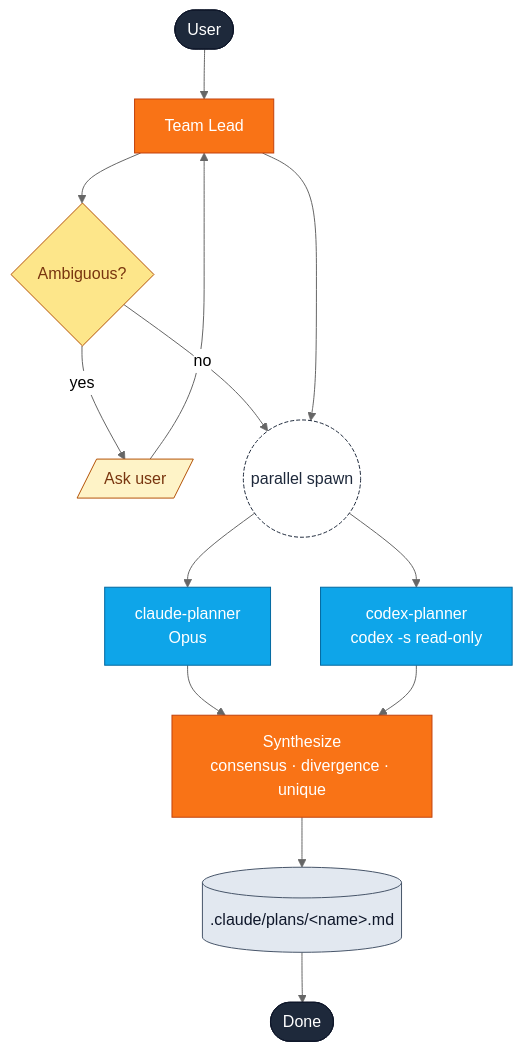
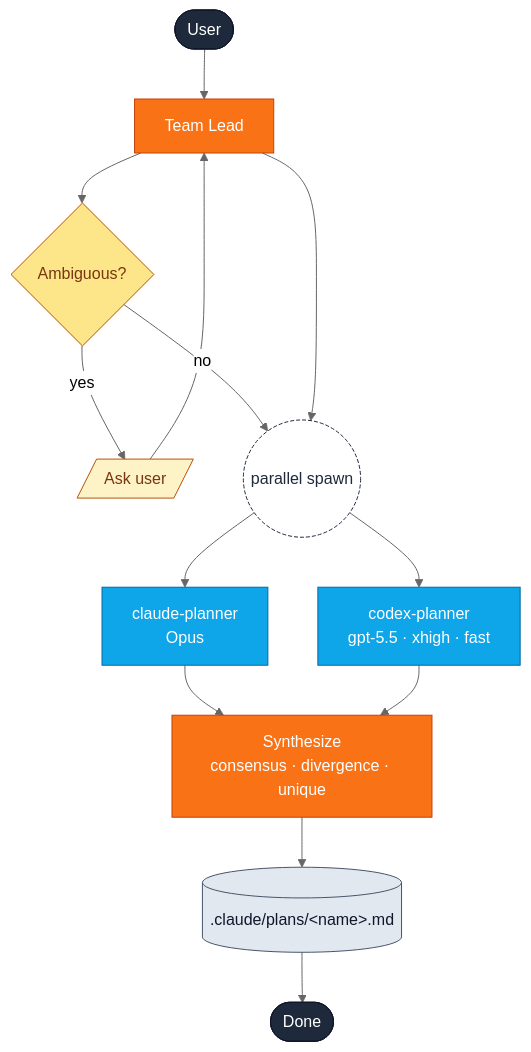
One commit to yunmango/yunmango-claude-plugins changed the first of 2 diagrams in docs/skills/cross-plan.md. Above: the diagram before and after it, drawn with Mermaid (neutral theme). The commit also changed other lines of this file and 6 other files, not shown here.

First line of the commit message:
feat(skills): adopt bundled codex script with fast mode for plan-verify

````diff
--- a/docs/skills/cross-plan.md
+++ b/docs/skills/cross-plan.md
@@ -40,22 +41,22 @@
 ```mermaid
 flowchart TD
     User([User]):::actor --> Lead[Team Lead]:::lead
     Lead --> Q{Ambiguous?}:::decision
     Q -- yes --> Ask[/Ask user/]:::io --> Lead
     Q -- no --> Spawn(("parallel spawn")):::fork
     Lead --> Spawn
     Spawn --> CP[claude-planner<br/>Opus]:::agent
-    Spawn --> XP[codex-planner<br/>codex -s read-only]:::agent
+    Spawn --> XP[codex-planner<br/>gpt-5.5 · xhigh · fast]:::agent
     CP --> Merge[Synthesize<br/>consensus · divergence · unique]:::lead
     XP --> Merge
     Merge --> Save[(.claude/plans/&lt;name&gt;.md)]:::store
     Save --> Done([Done]):::actor
 
     classDef actor fill:#1e293b,color:#fff,stroke:#0f172a;
     classDef lead fill:#f97316,color:#fff,stroke:#c2410c;
     classDef agent fill:#0ea5e9,color:#fff,stroke:#0369a1;
     classDef decision fill:#fde68a,color:#78350f,stroke:#b45309;
     classDef io fill:#fef3c7,color:#78350f,stroke:#b45309;
     classDef store fill:#e2e8f0,color:#0f172a,stroke:#475569;
     classDef fork fill:#fff,color:#1e293b,stroke:#1e293b,stroke-dasharray: 4 2;
 ```
````
